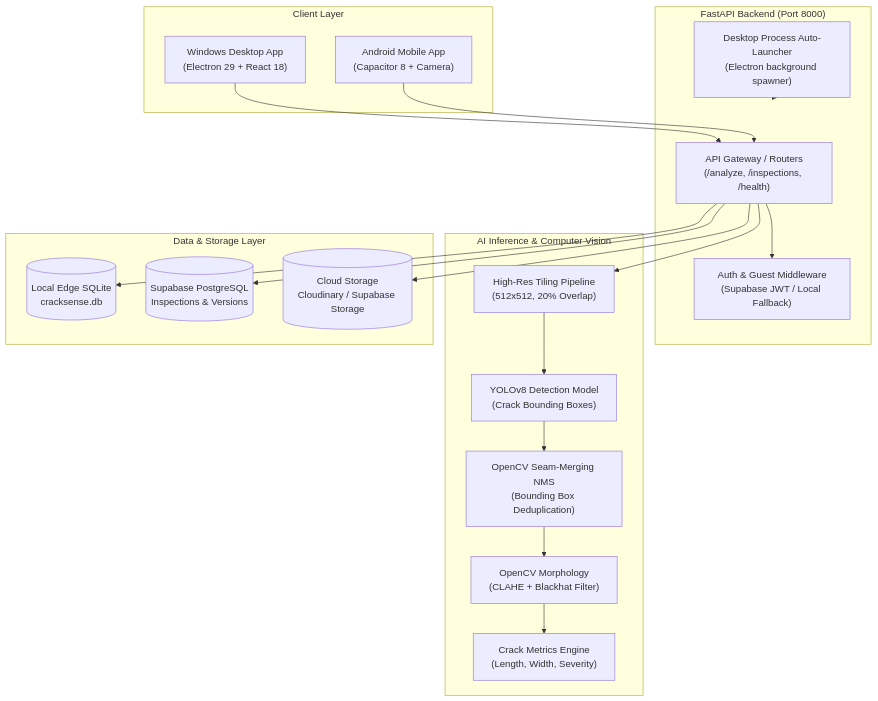
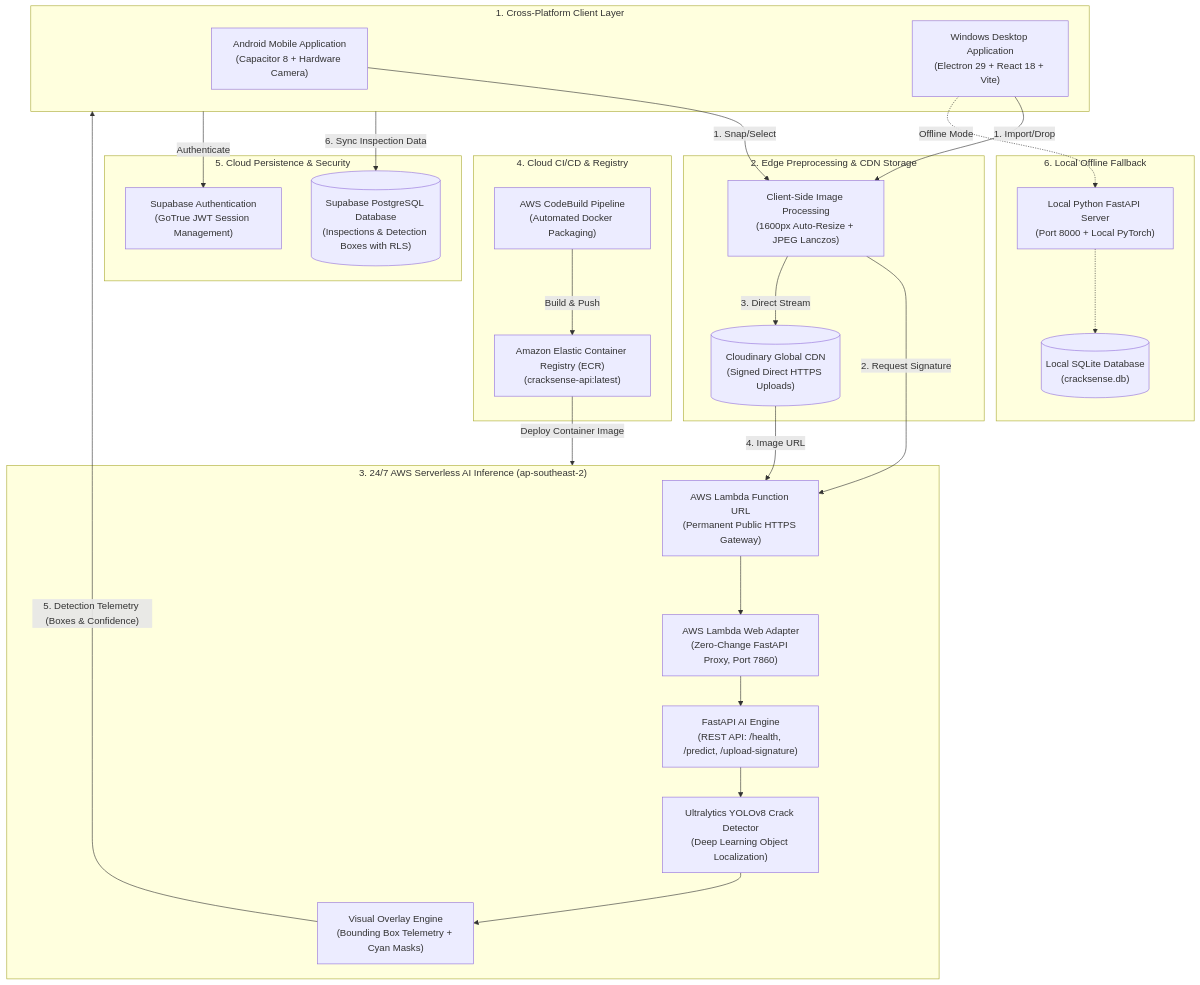
One commit to Omkarmahanandia36/CrackSense- changed the first of 2 diagrams in README.md. Above: the diagram before and after it, drawn with Mermaid. The commit also changed other lines of this file, not shown here.

Commit message:
docs(architecture): redesign system architecture diagram and update project description

````diff
--- a/README.md
+++ b/README.md
@@ -81,40 +76,61 @@
 ```mermaid
 flowchart TD
-    subgraph Clients["Client Layer"]
-        Electron["Windows Desktop App\n(Electron 29 + React 18)"]
-        Mobile["Android Mobile App\n(Capacitor 8 + Camera)"]
+    subgraph Clients["1. Cross-Platform Client Layer"]
+        Mobile["Android Mobile Application\n(Capacitor 8 + Hardware Camera)"]
+        Desktop["Windows Desktop Application\n(Electron 29 + React 18 + Vite)"]
     end
 
-    subgraph Backend["FastAPI Backend (Port 8000)"]
-        Router["API Gateway / Routers\n(/analyze, /inspections, /health)"]
-        AuthMiddleware["Auth & Guest Middleware\n(Supabase JWT / Local Fallback)"]
-        AutoSpawn["Desktop Process Auto-Launcher\n(Electron background spawner)"]
+    subgraph Ingestion["2. Edge Preprocessing & CDN Storage"]
+        PreProcess["Client-Side Image Processing\n(1600px Auto-Resize + JPEG Lanczos)"]
+        Cloudinary[("Cloudinary Global CDN\n(Signed Direct HTTPS Uploads)")]
     end
 
-    subgraph AIEngine["AI Inference & Computer Vision"]
-        Tiler["High-Res Tiling Pipeline\n(512x512, 20% Overlap)"]
-        YOLO["YOLOv8 Detection Model\n(Crack Bounding Boxes)"]
-        NMS["OpenCV Seam-Merging NMS\n(Bounding Box Deduplication)"]
-        Morphology["OpenCV Morphology\n(CLAHE + Blackhat Filter)"]
-        Skeleton["Crack Metrics Engine\n(Length, Width, Severity)"]
+    subgraph AWSCloud["3. 24/7 AWS Serverless AI Inference (ap-southeast-2)"]
+        LambdaURL["AWS Lambda Function URL\n(Permanent Public HTTPS Gateway)"]
+        Adapter["AWS Lambda Web Adapter\n(Zero-Change FastAPI Proxy, Port 7860)"]
+        FastAPI["FastAPI AI Engine\n(REST API: /health, /predict, /upload-signature)"]
+        YOLO["Ultralytics YOLOv8 Crack Detector\n(Deep Learning Object Localization)"]
+        MaskGen["Visual Overlay Engine\n(Bounding Box Telemetry + Cyan Masks)"]
     end
 
-    subgraph StorageLayer["Data & Storage Layer"]
-        SQLite[("Local Edge SQLite\ncracksense.db")]
-        SupabaseDB[("Supabase PostgreSQL\nInspections & Versions")]
-        Cloudinary[("Cloud Storage\nCloudinary / Supabase Storage")]
+    subgraph DevOps["4. Cloud CI/CD & Registry"]
+        ECR["Amazon Elastic Container Registry (ECR)\n(cracksense-api:latest)"]
+        CodeBuild["AWS CodeBuild Pipeline\n(Automated Docker Packaging)"]
     end
 
-    Electron --> Router
-    Mobile --> Router
-    AutoSpawn -.-> Backend
-    Router --> AuthMiddleware
-    Router --> Tiler
-    Tiler --> YOLO
-    YOLO --> NMS
-    NMS --> Morphology
-    Morphology --> Skeleton
-    Router --> SQLite
-    Router --> SupabaseDB
-    Router --> Cloudinary
+    subgraph Database["5. Cloud Persistence & Security"]
+        SupabaseAuth["Supabase Authentication\n(GoTrue JWT Session Management)"]
+        SupabaseDB[("Supabase PostgreSQL Database\n(Inspections & Detection Boxes with RLS)")]
+    end
+
+    subgraph OfflineEdge["6. Local Offline Fallback"]
+        LocalEngine["Local Python FastAPI Server\n(Port 8000 + Local PyTorch)"]
+        LocalDB[("Local SQLite Database\n(cracksense.db)")]
+    end
+
+    %% Client flows
+    Mobile -->|"1. Snap/Select"| PreProcess
+    Desktop -->|"1. Import/Drop"| PreProcess
+    PreProcess -->|"2. Request Signature"| LambdaURL
+    PreProcess -->|"3. Direct Stream"| Cloudinary
+
+    %% Cloud AI flows
+    Cloudinary -->|"4. Image URL"| LambdaURL
+    LambdaURL --> Adapter
+    Adapter --> FastAPI
+    FastAPI --> YOLO
+    YOLO --> MaskGen
+    MaskGen -->|"5. Detection Telemetry (Boxes & Confidence)"| Clients
+
+    %% Cloud Storage & Auth
+    Clients -->|"6. Sync Inspection Data"| SupabaseDB
+    Clients -->|"Authenticate"| SupabaseAuth
+
+    %% CI/CD
+    CodeBuild -->|"Build & Push"| ECR
+    ECR -->|"Deploy Container Image"| AWSCloud
+
+    %% Offline Edge Fallback
+    Desktop -.->|"Offline Mode"| LocalEngine
+    LocalEngine -.-> LocalDB
 ```
````
